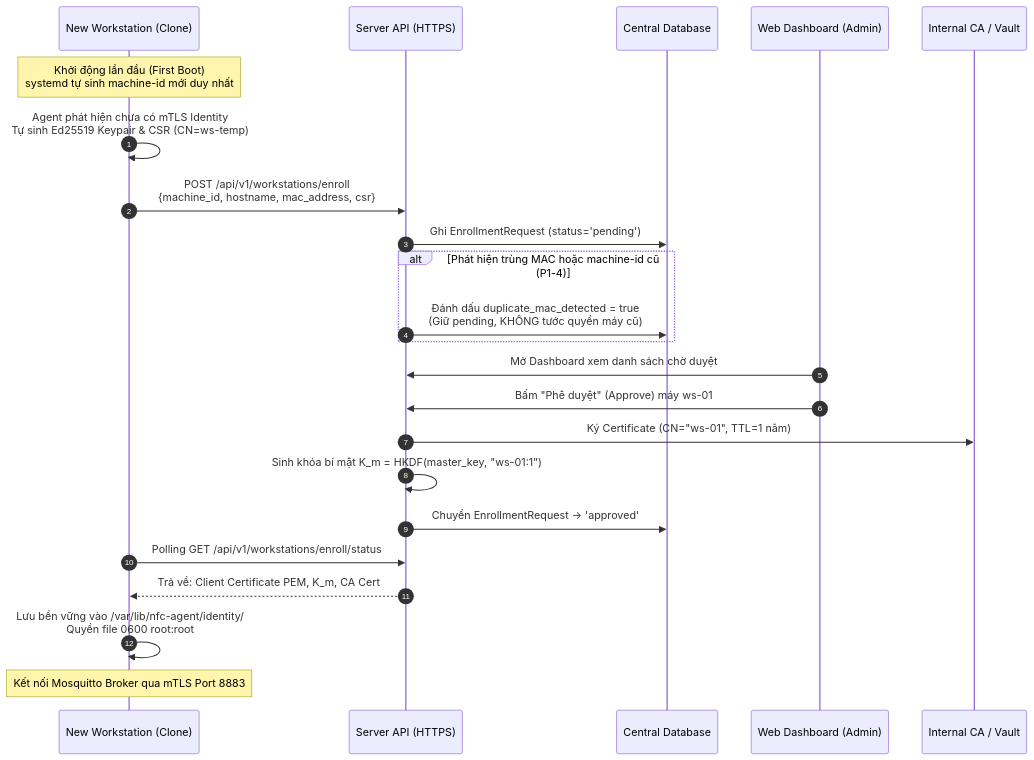
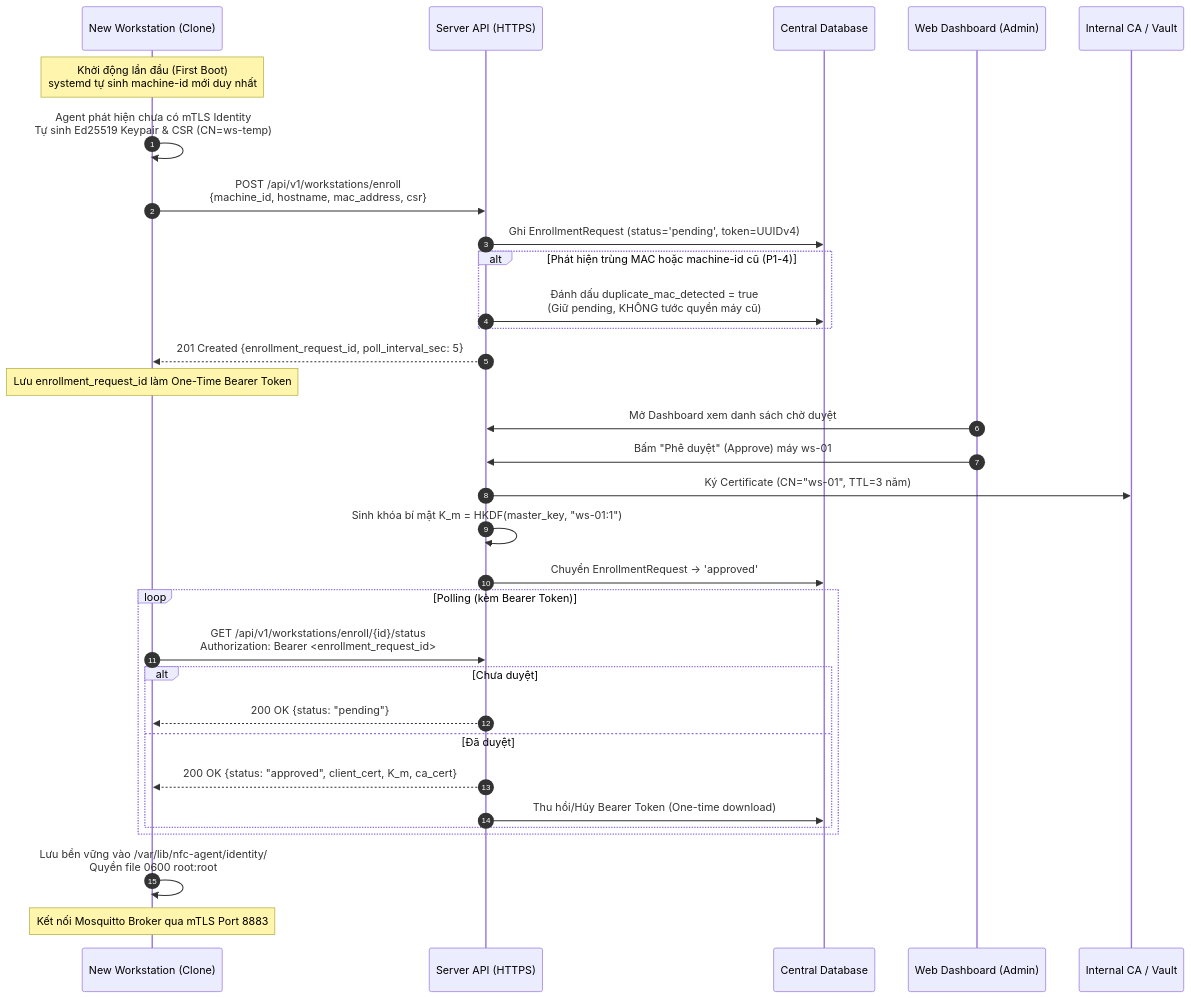
The third of 3 diagrams in design/docs/06-architecture/decisions/ADR-002-giao-thuc-mqtt-va-dinh-danh-may-tram.md (binhtoong21/linux-access-control), drawn with Mermaid before and after one commit. The commit also changed other lines of this file and 15 other files, not shown here.

````diff
--- a/design/docs/06-architecture/decisions/ADR-002-giao-thuc-mqtt-va-dinh-danh-may-tram.md
+++ b/design/docs/06-architecture/decisions/ADR-002-giao-thuc-mqtt-va-dinh-danh-may-tram.md
@@ -247,26 +275,35 @@
 ```mermaid
 sequenceDiagram
     autonumber
     participant W as New Workstation (Clone)
     participant S as Server API (HTTPS)
     participant DB as Central Database
     participant Admin as Web Dashboard (Admin)
     participant CA as Internal CA / Vault
 
     Note over W: Khởi động lần đầu (First Boot)<br>systemd tự sinh machine-id mới duy nhất
     W->>W: Agent phát hiện chưa có mTLS Identity<br>Tự sinh Ed25519 Keypair & CSR (CN=ws-temp)
     W->>S: POST /api/v1/workstations/enroll<br>{machine_id, hostname, mac_address, csr}
-    S->>DB: Ghi EnrollmentRequest (status='pending')
+    S->>DB: Ghi EnrollmentRequest (status='pending', token=UUIDv4)
     alt Phát hiện trùng MAC hoặc machine-id cũ (P1-4)
         S->>DB: Đánh dấu duplicate_mac_detected = true<br>(Giữ pending, KHÔNG tước quyền máy cũ)
     end
+    S-->>W: 201 Created {enrollment_request_id, poll_interval_sec: 5}
+    Note over W: Lưu enrollment_request_id làm One-Time Bearer Token
     Admin->>S: Mở Dashboard xem danh sách chờ duyệt
     Admin->>S: Bấm "Phê duyệt" (Approve) máy ws-01
-    S->>CA: Ký Certificate (CN="ws-01", TTL=1 năm)
+    S->>CA: Ký Certificate (CN="ws-01", TTL=3 năm)
     S->>S: Sinh khóa bí mật K_m = HKDF(master_key, "ws-01:1")
     S->>DB: Chuyển EnrollmentRequest -> 'approved'
-    W->>S: Polling GET /api/v1/workstations/enroll/status
-    S-->>W: Trả về: Client Certificate PEM, K_m, CA Cert
+    loop Polling (kèm Bearer Token)
+        W->>S: GET /api/v1/workstations/enroll/{id}/status<br>Authorization: Bearer <enrollment_request_id>
+        alt Chưa duyệt
+            S-->>W: 200 OK {status: "pending"}
+        else Đã duyệt
+            S-->>W: 200 OK {status: "approved", client_cert, K_m, ca_cert}
+            S->>DB: Thu hồi/Hủy Bearer Token (One-time download)
+        end
+    end
     W->>W: Lưu bền vững vào /var/lib/nfc-agent/identity/<br>Quyền file 0600 root:root
     Note over W: Kết nối Mosquitto Broker qua mTLS Port 8883
 ```
````
